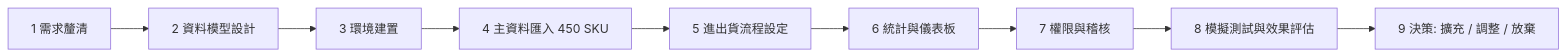
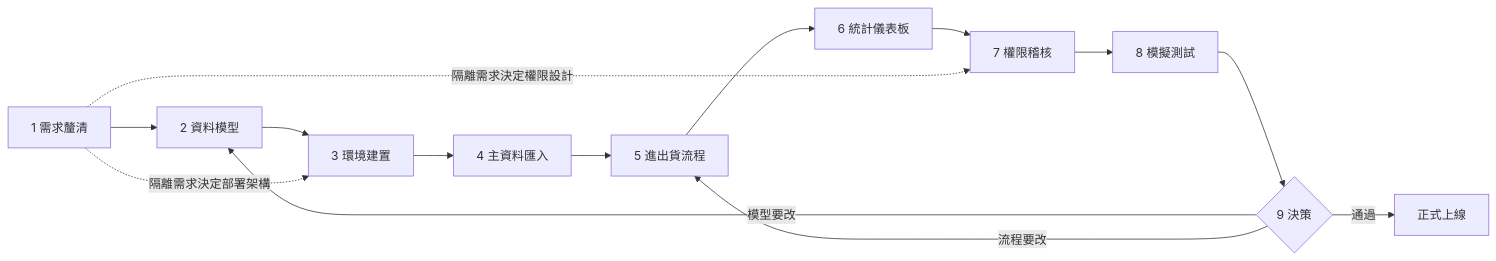
The diagram in inventree-dynamic-stock-design.md (blses1283513-hub/crrer), drawn with Mermaid before and after one commit. The commit also changed other lines of this file, not shown here.

First line of the commit message:
Revise InvenTree design flow: step handoffs and verified findings

````diff
--- a/inventree-dynamic-stock-design.md
+++ b/inventree-dynamic-stock-design.md
@@ -24,11 +25,16 @@
 ```mermaid
 flowchart LR
-    A[1 需求釐清] --> B[2 資料模型設計]
-    B --> C[3 環境建置]
-    C --> D[4 主資料匯入 450 SKU]
-    D --> E[5 進出貨流程設定]
-    E --> F[6 統計與儀表板]
-    F --> G[7 權限與稽核]
-    G --> H[8 模擬測試與效果評估]
-    H --> I[9 決策: 擴充 / 調整 / 放棄]
+    S1[1 需求釐清] --> S2[2 資料模型]
+    S2 --> S3[3 環境建置]
+    S3 --> S4[4 主資料匯入]
+    S4 --> S5[5 進出貨流程]
+    S5 --> S6[6 統計儀表板]
+    S6 --> S7[7 權限稽核]
+    S7 --> S8[8 模擬測試]
+    S8 --> S9{9 決策}
+    S9 -- 模型要改 --> S2
+    S9 -- 流程要改 --> S5
+    S9 -- 通過 --> GO[正式上線]
+    S1 -. 隔離需求決定部署架構 .-> S3
+    S1 -. 隔離需求決定權限設計 .-> S7
 ```
````
